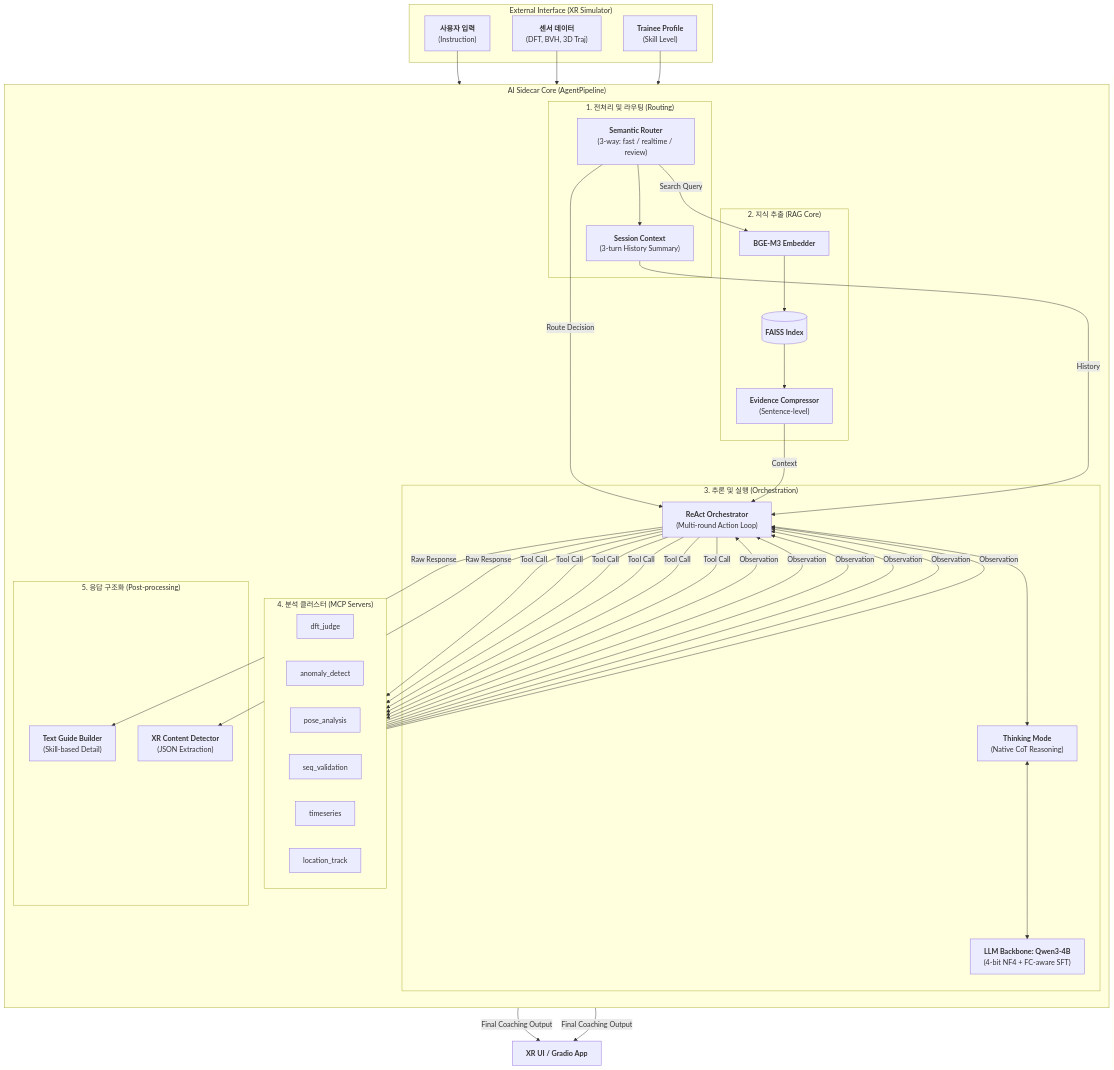
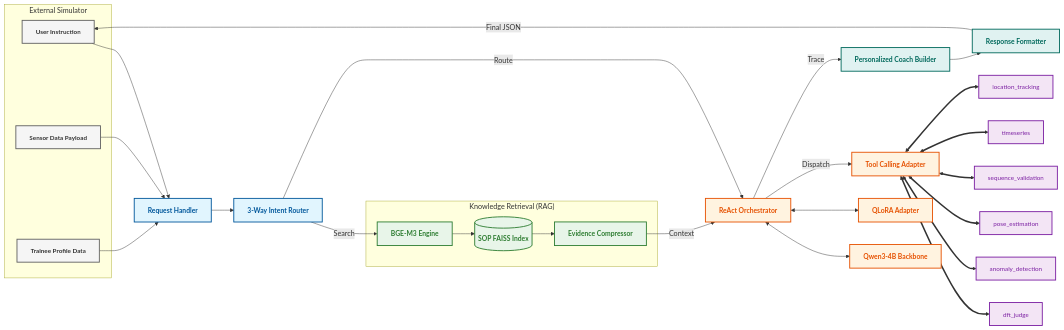
The diagram in FINAL_INTEGRATED_PRD.md (KETI88-DEV/sprayxr-copilot-server), drawn with Mermaid before and after one commit. The commit also changed other lines of this file and 20 other files, not shown here.

````diff
--- a/FINAL_INTEGRATED_PRD.md
+++ b/FINAL_INTEGRATED_PRD.md
@@ -18,62 +14,71 @@
 ```mermaid
-graph TB
-    subgraph "External Interface (XR Simulator)"
-        USER["<b>사용자 입력</b><br/>(Instruction)"]
-        SENSOR["<b>센서 데이터</b><br/>(DFT, BVH, 3D Traj)"]
-        PROFILE["<b>Trainee Profile</b><br/>(Skill Level)"]
+graph LR
+    %% Class Definitions for Readability
+    classDef simulator fill:#F5F5F5,stroke:#616161,stroke-width:2px,color:#333,font-size:14px;
+    classDef phase1 fill:#E1F5FE,stroke:#01579B,stroke-width:2px,color:#01579B,font-size:15px;
+    classDef phase2 fill:#E8F5E9,stroke:#2E7D32,stroke-width:2px,color:#2E7D32,font-size:15px;
+    classDef phase3 fill:#FFF3E0,stroke:#E65100,stroke-width:2px,color:#E65100,font-size:15px;
+    classDef phase4 fill:#F3E5F5,stroke:#7B1FA2,stroke-width:2px,color:#7B1FA2,font-size:14px;
+    classDef phase5 fill:#E0F2F1,stroke:#00695C,stroke-width:2px,color:#00695C,font-size:15px;
+
+    %% 1. External Simulator Layer
+    subgraph "External Simulator"
+        USER["<b>User Instruction</b>"]
+        SENSOR["<b>Sensor Data Payload</b>"]
+        PROFILE["<b>Trainee Profile Data</b>"]
     end
+    class USER,SENSOR,PROFILE simulator;
 
-    subgraph "AI Sidecar Core (AgentPipeline)"
-        direction TB
-        
-        subgraph "1. 전처리 및 라우팅 (Routing)"
-            ROUTER["<b>Semantic Router</b><br/>(3-way: fast / realtime / review)"]
-            CTX["<b>Session Context</b><br/>(3-turn History Summary)"]
-        end
+    %% 2. Process Flow (LR)
+    REQ["<b>Request Handler</b>"]
+    ROUTER["<b>3-Way Intent Router</b>"]
+    class REQ,ROUTER phase1;
 
-        subgraph "2. 지식 추출 (RAG Core)"
-            EMBED["<b>BGE-M3 Embedder</b>"]
-            FAISS[("<b>FAISS Index</b>")]
-            COMPRESS["<b>Evidence Compressor</b><br/>(Sentence-level)"]
-        end
+    subgraph "Knowledge Retrieval (RAG)"
+        EMBED["<b>BGE-M3 Engine</b>"]
+        FAISS[("<b>SOP FAISS Index</b>")]
+        COMPRESS["<b>Evidence Compressor</b>"]
+    end
+    class EMBED,FAISS,COMPRESS phase2;
 
-        subgraph "3. 추론 및 실행 (Orchestration)"
-            ORCH["<b>ReAct Orchestrator</b><br/>(Multi-round Action Loop)"]
-            THINK["<b>Thinking Mode</b><br/>(Native CoT Reasoning)"]
-            LLM["<b>LLM Backbone: Qwen3-4B</b><br/>(4-bit NF4 + FC-aware SFT)"]
-        end
+    ORCH["<b>ReAct Orchestrator</b>"]
+    BACKBONE["<b>Qwen3-4B Backbone</b>"]
+    ADAPTER["<b>QLoRA Adapter</b>"]
+    TOOL_AD["<b>Tool Calling Adapter</b>"]
+    class ORCH,BACKBONE,ADAPTER,TOOL_AD phase3;
 
-        subgraph "4. 분석 클러스터 (MCP Servers)"
-            direction LR
-            DFT["dft_judge"]
-            ANOM["anomaly_detect"]
-            POSE["pose_analysis"]
-            SEQ["seq_validation"]
-            TS["timeseries"]
-            LOC["location_track"]
-        end
+    %% Individual Tools (No Box)
+    DFT["dft_judge"]
+    ANOM["anomaly_detection"]
+    POSE["pose_estimation"]
+    SEQ["sequence_validation"]
+    TS["timeseries"]
+    LOC["location_tracking"]
+    class DFT,ANOM,POSE,SEQ,TS,LOC phase4;
 
-        subgraph "5. 응답 구조화 (Post-processing)"
-            GUIDE["<b>Text Guide Builder</b><br/>(Skill-based Detail)"]
-            XR_DET["<b>XR Content Detector</b><br/>(JSON Extraction)"]
-        end
-    end
+    GUIDE["<b>Personalized Coach Builder</b>"]
+    RESP["<b>Response Formatter</b>"]
+    class GUIDE,RESP phase5;
 
-    %% 연결 로직
-    USER & SENSOR & PROFILE --> ROUTER
-    ROUTER --> CTX
-    ROUTER -- "Search Query" --> EMBED
-    EMBED --> FAISS --> COMPRESS
+    %% Connections
+    USER & SENSOR & PROFILE --> REQ
+    REQ --> ROUTER
     
-    ROUTER -- "Route Decision" --> ORCH
+    ROUTER -- "Search" --> EMBED --> FAISS --> COMPRESS
+    ROUTER -- "Route" --> ORCH
     COMPRESS -- "Context" --> ORCH
-    CTX -- "History" --> ORCH
     
-    ORCH <--> THINK
-    THINK <--> LLM
-    ORCH -- "Tool Call" --> DFT & ANOM & POSE & SEQ & TS & LOC
-    DFT & ANOM & POSE & SEQ & TS & LOC -- "Observation" --> ORCH
+    ORCH <--> BACKBONE & ADAPTER
+    ORCH -- "Dispatch" --> TOOL_AD
     
-    ORCH -- "Raw Response" --> GUIDE & XR_DET
-    GUIDE & XR_DET -- "Final Coaching Output" --> UI["<b>XR UI / Gradio App</b>"]
+    %% Multi-tool parallel interaction
+    TOOL_AD <==> DFT
+    TOOL_AD <==> ANOM
+    TOOL_AD <==> POSE
+    TOOL_AD <==> SEQ
+    TOOL_AD <==> TS
+    TOOL_AD <==> LOC
+    
+    ORCH -- "Trace" --> GUIDE --> RESP
+    RESP -- "Final JSON" --> USER
 ```
````
